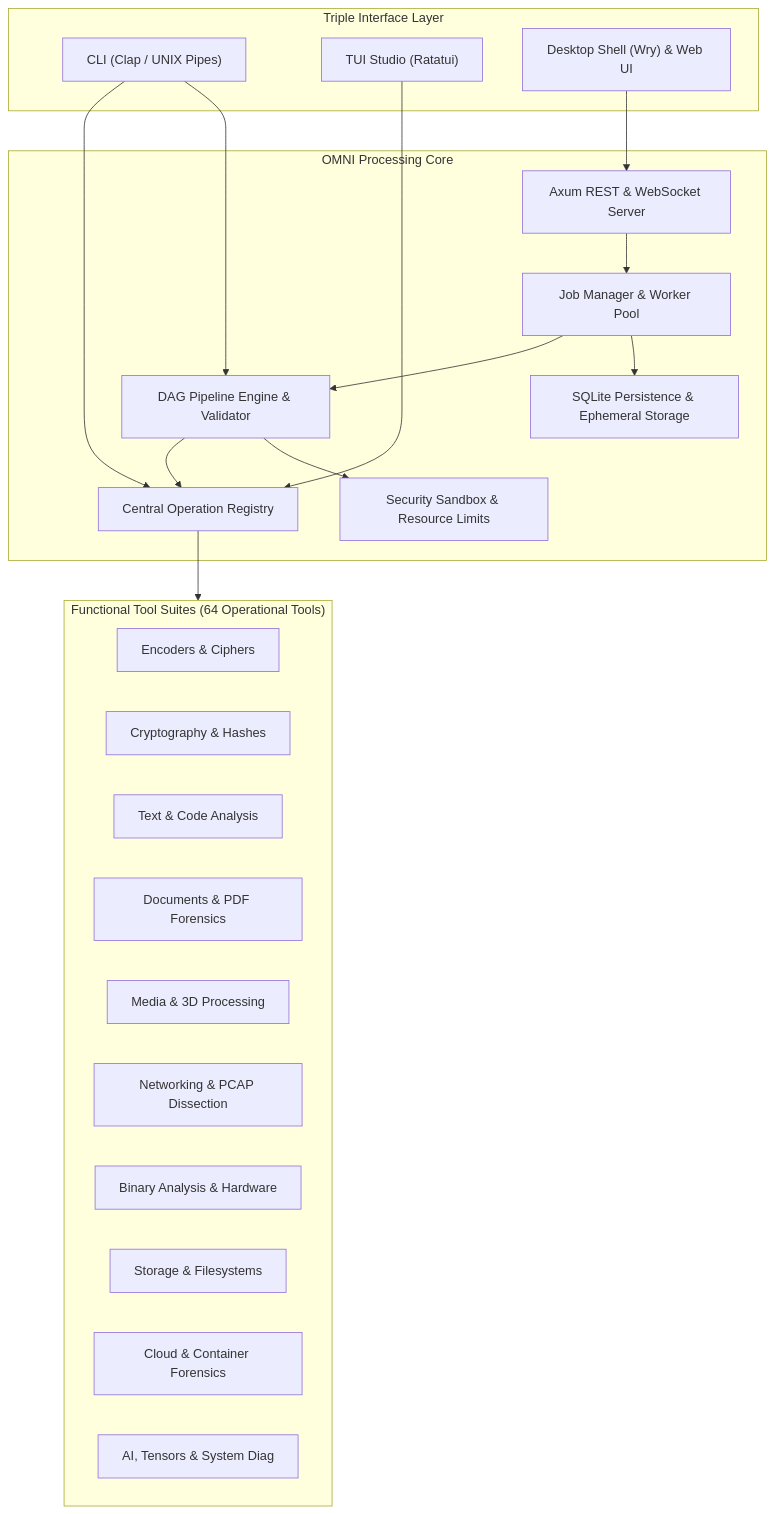
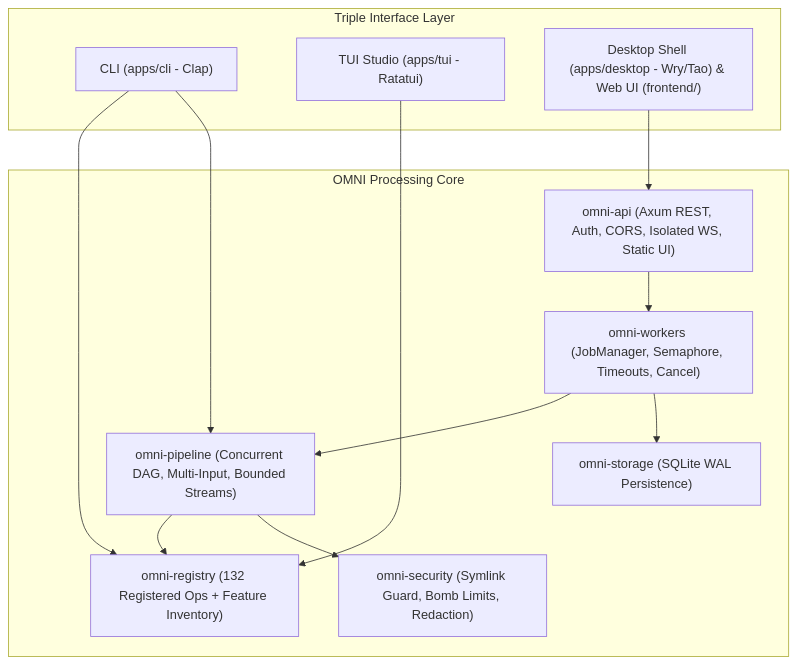
Before and after one commit to rajveersinh-is-dev/omni-toolkit: the diagram in README.md, drawn with Mermaid. The commit also changed other lines of this file and 14 other files, not shown here.

Commit message:
feat(apps,docs,ci): fix CLI category filtering, add Wry/Tao native desktop window, wire frontend controls, add E2E tests, and sync honest docs

````diff
--- a/README.md
+++ b/README.md
@@ -26,41 +34,27 @@
 ```mermaid
 graph TD
     subgraph Interfaces ["Triple Interface Layer"]
-        CLI["CLI (Clap / UNIX Pipes)"]
-        TUI["TUI Studio (Ratatui)"]
-        GUI["Desktop Shell (Wry) & Web UI"]
+        CLI["CLI (apps/cli - Clap)"]
+        TUI["TUI Studio (apps/tui - Ratatui)"]
+        GUI["Desktop Shell (apps/desktop - Wry/Tao) & Web UI (frontend/)"]
     end
 
     subgraph CoreEngine ["OMNI Processing Core"]
-        API["Axum REST & WebSocket Server"]
-        Workers["Job Manager & Worker Pool"]
-        Pipeline["DAG Pipeline Engine & Validator"]
-        Registry["Central Operation Registry"]
-        Security["Security Sandbox & Resource Limits"]
-        Storage["SQLite Persistence & Ephemeral Storage"]
-    end
-
-    subgraph ToolSuites ["Functional Tool Suites (64 Operational Tools)"]
-        C1["Encoders & Ciphers"]
-        C2["Cryptography & Hashes"]
-        C3["Text & Code Analysis"]
-        C4["Documents & PDF Forensics"]
-        C5["Media & 3D Processing"]
-        C6["Networking & PCAP Dissection"]
-        C7["Binary Analysis & Hardware"]
-        C8["Storage & Filesystems"]
-        C9["Cloud & Container Forensics"]
-        C10["AI, Tensors & System Diag"]
+        API["omni-api (Axum REST, Auth, CORS, Isolated WS, Static UI)"]
+        Workers["omni-workers (JobManager, Semaphore, Timeouts, Cancel)"]
+        Pipeline["omni-pipeline (Concurrent DAG, Multi-Input, Bounded Streams)"]
+        Registry["omni-registry (132 Registered Ops + Feature Inventory)"]
+        Security["omni-security (Symlink Guard, Bomb Limits, Redaction)"]
+        Storage["omni-storage (SQLite WAL Persistence)"]
     end
 
     CLI --> Registry
     CLI --> Pipeline
     TUI --> Registry
     GUI --> API
     API --> Workers
     Workers --> Pipeline
     Pipeline --> Registry
-    Registry --> ToolSuites
     Pipeline --> Security
     Workers --> Storage
 ```
````
